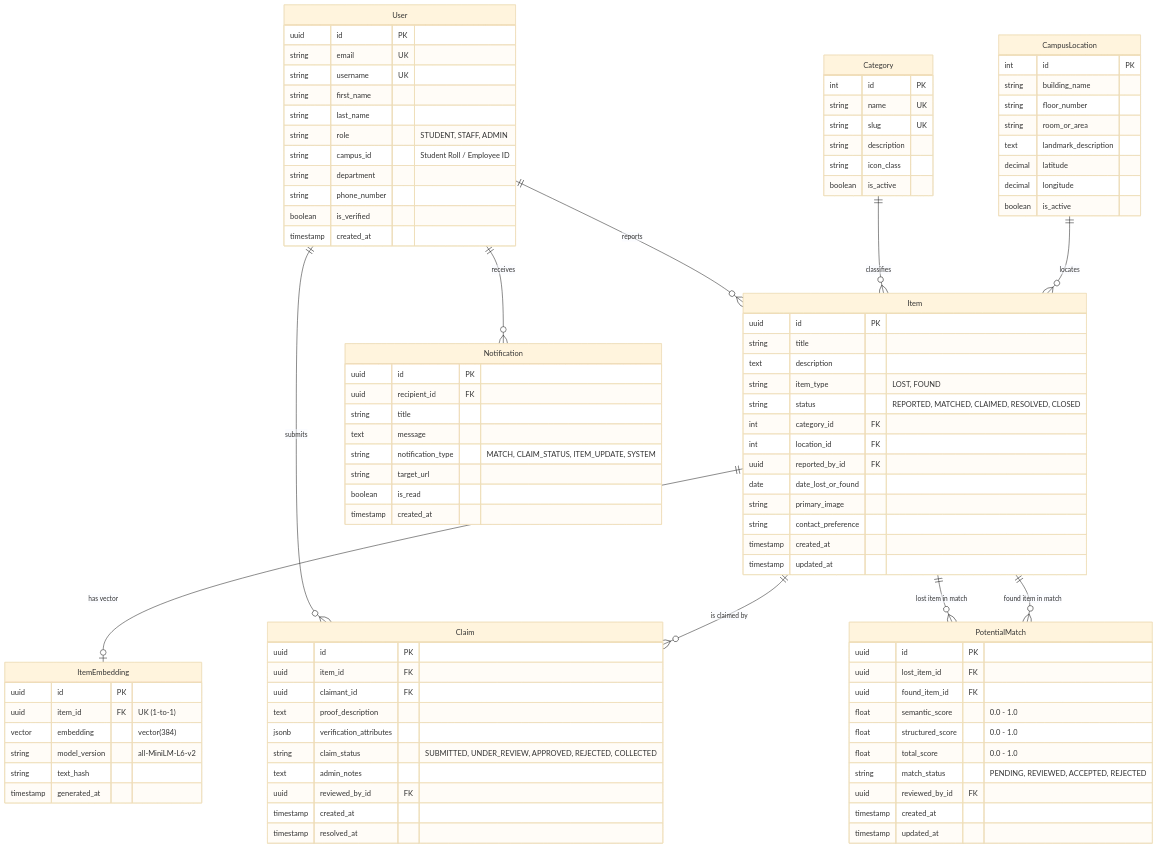
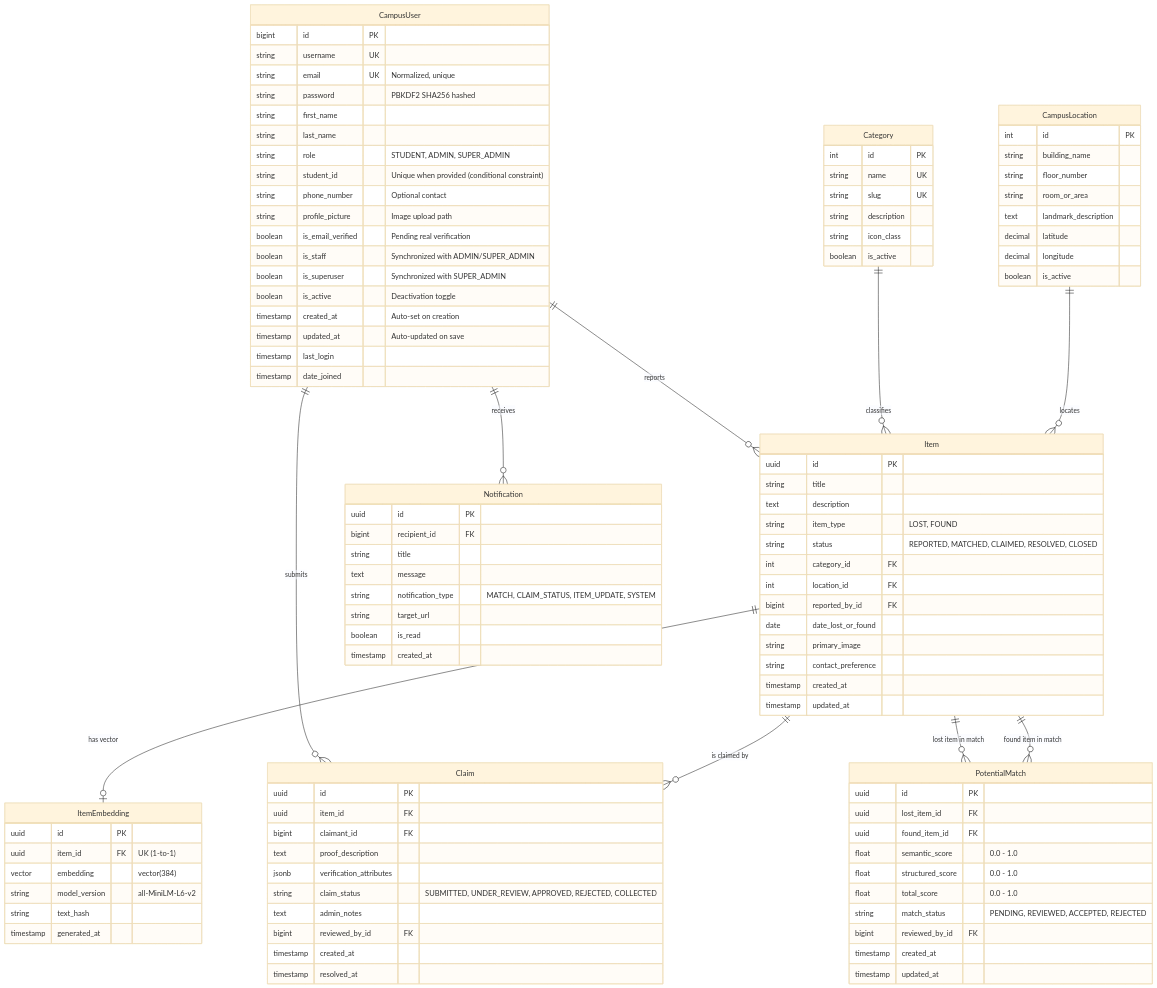
Before and after one commit to shane235k/Campus-Find: the diagram in docs/DATABASE_SCHEMA.md, drawn with Mermaid (base theme). The commit also changed other lines of this file and 29 other files, not shown here.

````diff
--- a/docs/DATABASE_SCHEMA.md
+++ b/docs/DATABASE_SCHEMA.md
@@ -12,8 +11,8 @@
 ```mermaid
 erDiagram
-    User ||--o{ Item : "reports"
-    User ||--o{ Claim : "submits"
-    User ||--o{ Notification : "receives"
+    CampusUser ||--o{ Item : "reports"
+    CampusUser ||--o{ Claim : "submits"
+    CampusUser ||--o{ Notification : "receives"
     Category ||--o{ Item : "classifies"
     CampusLocation ||--o{ Item : "locates"
     Item ||--o| ItemEmbedding : "has vector"
@@ -21,18 +20,25 @@
     Item ||--o{ PotentialMatch : "lost item in match"
     Item ||--o{ PotentialMatch : "found item in match"
 
-    User {
-        uuid id PK
-        string email UK
+    CampusUser {
+        bigint id PK
         string username UK
+        string email UK "Normalized, unique"
+        string password "PBKDF2 SHA256 hashed"
         string first_name
         string last_name
-        string role "STUDENT, STAFF, ADMIN"
-        string campus_id "Student Roll / Employee ID"
-        string department
-        string phone_number
-        boolean is_verified
-        timestamp created_at
+        string role "STUDENT, ADMIN, SUPER_ADMIN"
+        string student_id "Unique when provided (conditional constraint)"
+        string phone_number "Optional contact"
+        string profile_picture "Image upload path"
+        boolean is_email_verified "Pending real verification"
+        boolean is_staff "Synchronized with ADMIN/SUPER_ADMIN"
+        boolean is_superuser "Synchronized with SUPER_ADMIN"
+        boolean is_active "Deactivation toggle"
+        timestamp created_at "Auto-set on creation"
+        timestamp updated_at "Auto-updated on save"
+        timestamp last_login
+        timestamp date_joined
     }
 
     Category {
@@ -63,7 +69,7 @@
         string status "REPORTED, MATCHED, CLAIMED, RESOLVED, CLOSED"
         int category_id FK
         int location_id FK
-        uuid reported_by_id FK
+        bigint reported_by_id FK
         date date_lost_or_found
         string primary_image
         string contact_preference
@@ -88,7 +94,7 @@
         float structured_score "0.0 - 1.0"
         float total_score "0.0 - 1.0"
         string match_status "PENDING, REVIEWED, ACCEPTED, REJECTED"
-        uuid reviewed_by_id FK
+        bigint reviewed_by_id FK
         timestamp created_at
         timestamp updated_at
     }
@@ -96,19 +102,19 @@
     Claim {
         uuid id PK
         uuid item_id FK
-        uuid claimant_id FK
+        bigint claimant_id FK
         text proof_description
         jsonb verification_attributes
         string claim_status "SUBMITTED, UNDER_REVIEW, APPROVED, REJECTED, COLLECTED"
         text admin_notes
-        uuid reviewed_by_id FK
+        bigint reviewed_by_id FK
         timestamp created_at
         timestamp resolved_at
     }
 
     Notification {
         uuid id PK
-        uuid recipient_id FK
+        bigint recipient_id FK
         string title
         text message
         string notification_type "MATCH, CLAIM_STATUS, ITEM_UPDATE, SYSTEM"
````
